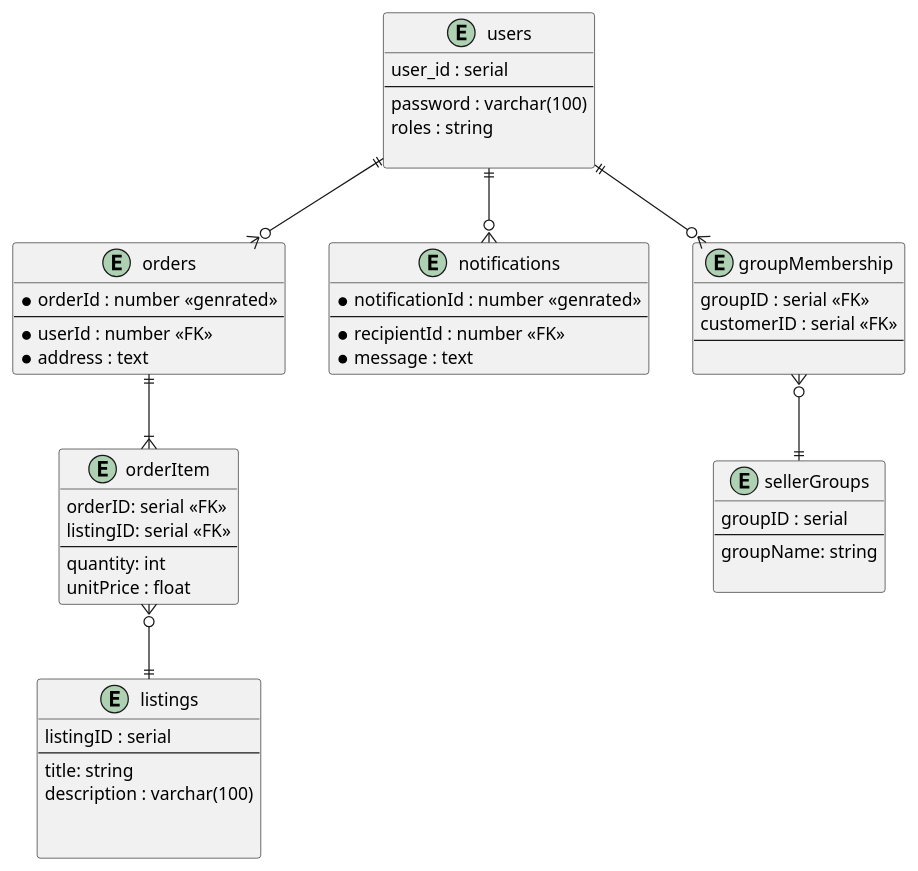
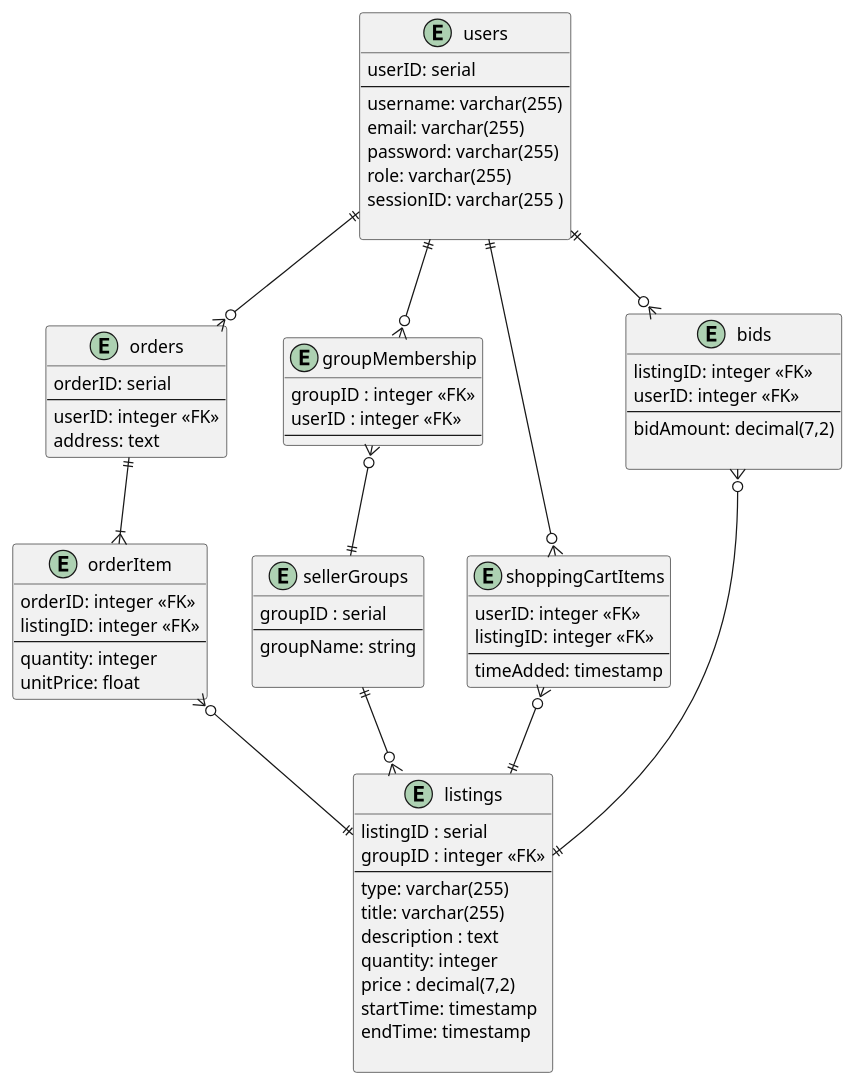
The diagram in docs/part2/erDiagram.plantuml (SWEN900072022/TeamZeroMarketPlaceBackEnd), drawn with PlantUML before and after one commit.

Commit message:
updated er diagram

```diff
--- a/docs/part2/erDiagram.plantuml
+++ b/docs/part2/erDiagram.plantuml
@@ -1,63 +1,83 @@
 @startuml
 entity orders {
-    *orderId : number <<genrated>>
+    orderID: serial
     --
-    *userId : number <<FK>>
-    *address : text
+    userID: integer <<FK>>
+    address: text
 }
 
 entity orderItem{
-    orderID: serial <<FK>>
-    listingID: serial <<FK>>
+    orderID: integer <<FK>>
+    listingID: integer <<FK>>
     --
-    quantity: int
-    unitPrice : float
+    quantity: integer
+    unitPrice: float
 }
 
-entity notifications {
-    *notificationId : number <<genrated>>
+entity users{
+    userID: serial
     --
-    *recipientId : number <<FK>>
-    *message : text
-}
-
-
-entity users{
-    user_id : serial
-    --
-    password : varchar(100)
-    roles : string
+    username: varchar(255)
+    email: varchar(255)
+    password: varchar(255)
+    role: varchar(255)
+    sessionID: varchar(255 ) 
 
 }
 
 entity listings{
     listingID : serial
+    groupID : integer <<FK>>
     --
-    title: string 
-    description : varchar(100)
-
-
+    type: varchar(255)
+    title: varchar(255) 
+    description : text
+    quantity: integer
+    price : decimal(7,2)
+    startTime: timestamp
+    endTime: timestamp
+    
 }
 
 entity sellerGroups{
     groupID : serial
     --
     groupName: string
 
 }
 
 entity groupMembership{
-    groupID : serial <<FK>>
-    customerID : serial <<FK>>
+    groupID : integer <<FK>>
+    userID : integer <<FK>>
     --
-    
+}
+
+entity shoppingCartItems{
+    userID: integer <<FK>> 
+    listingID: integer <<FK>>
+    --
+    timeAdded: timestamp 
+}
+
+entity bids{
+    listingID: integer <<FK>>
+    userID: integer <<FK>>
+    --
+    bidAmount: decimal(7,2)
+
 }
 users ||--o{ orders
 users ||--o{ groupMembership
 
 orders ||--|{orderItem
 orderItem }o--||listings
 groupMembership }o--|| sellerGroups
-users ||--o{notifications
 
+users ||--o{ shoppingCartItems
+shoppingCartItems }o--||listings
+
+sellerGroups||--o{listings
+
+users||--o{bids
+bids}o--||listings
 @enduml 
```
